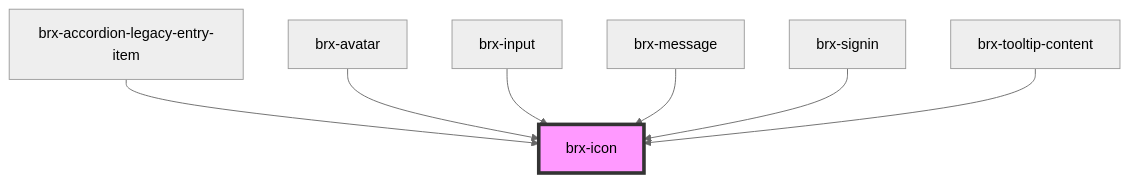
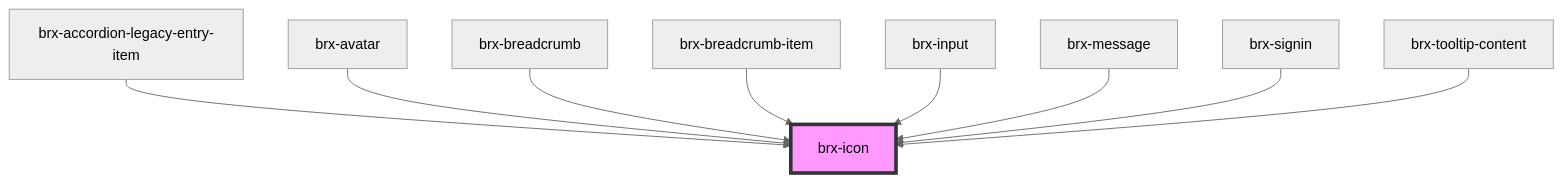
The diagram in packages/core/src/components/brx-icon/readme.md (copperui/copperui), drawn with Mermaid (neutral theme) before and after one commit. The commit also changed other lines of this file and 32 other files, not shown here.

First line of the commit message:
feat(core): components: brx-breadcrumb (#32)

````diff
--- a/packages/core/src/components/brx-icon/readme.md
+++ b/packages/core/src/components/brx-icon/readme.md
@@ -27,10 +29,12 @@
 ```mermaid
 graph TD;
   brx-accordion-legacy-entry-item --> brx-icon
   brx-avatar --> brx-icon
+  brx-breadcrumb --> brx-icon
+  brx-breadcrumb-item --> brx-icon
   brx-input --> brx-icon
   brx-message --> brx-icon
   brx-signin --> brx-icon
   brx-tooltip-content --> brx-icon
   style brx-icon fill:#f9f,stroke:#333,stroke-width:4px
 ```
````
